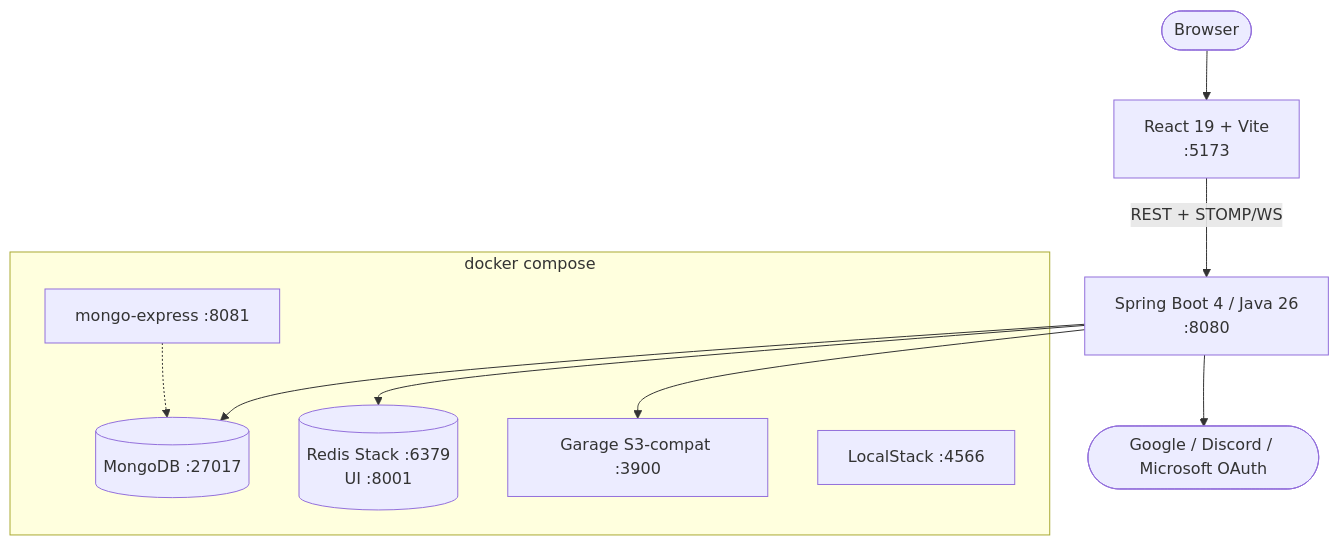
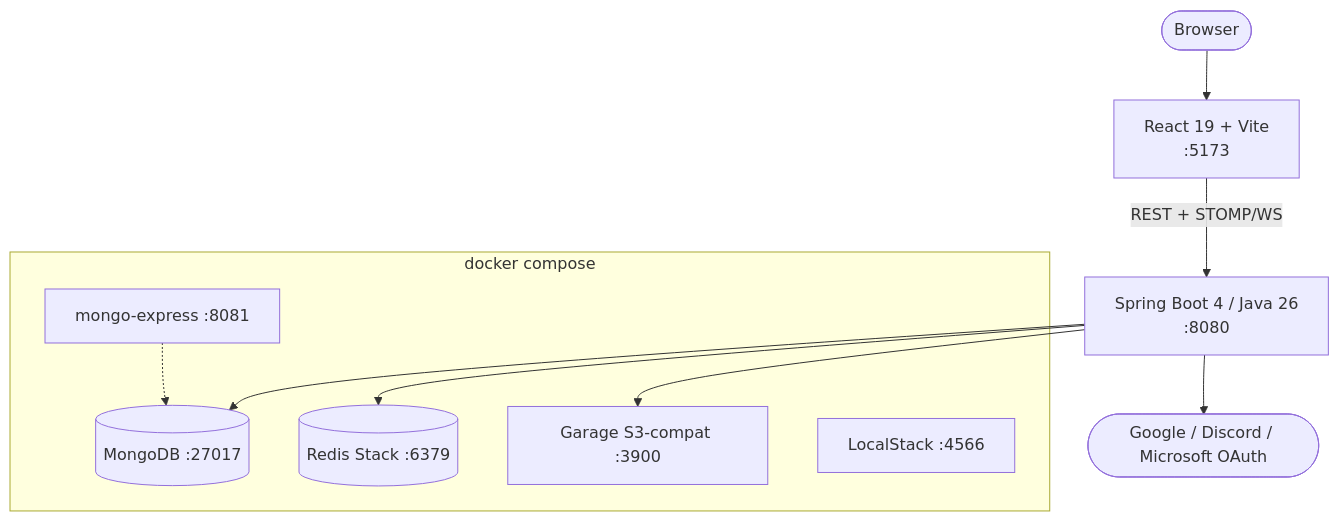
Before and after one commit to Saganaut/ambi: the diagram in z-docs/infrastructure/infrastructure.md, drawn with Mermaid. The commit also changed other lines of this file and 10 other files, not shown here.

````diff
--- a/z-docs/infrastructure/infrastructure.md
+++ b/z-docs/infrastructure/infrastructure.md
@@ -9,24 +9,24 @@
 ```mermaid
 flowchart TB
     Browser(["Browser"])
     Vite["React 19 + Vite<br/>:5173"]
     SpringBoot["Spring Boot 4 / Java 26<br/>:8080"]
 
     subgraph Docker["docker compose"]
         MongoDB[("MongoDB :27017")]
-        Redis[("Redis Stack :6379<br/>UI :8001")]
+        Redis[("Redis Stack :6379")]
         Garage["Garage S3-compat :3900"]
         Mx["mongo-express :8081"]
         Ls["LocalStack :4566"]
     end
 
     IdP(["Google / Discord / Microsoft OAuth"])
 
     Browser --> Vite
     Vite -- "REST + STOMP/WS" --> SpringBoot
     SpringBoot --> MongoDB
     SpringBoot --> Redis
     SpringBoot --> Garage
     SpringBoot --> IdP
     Mx -.-> MongoDB
 ```
````
